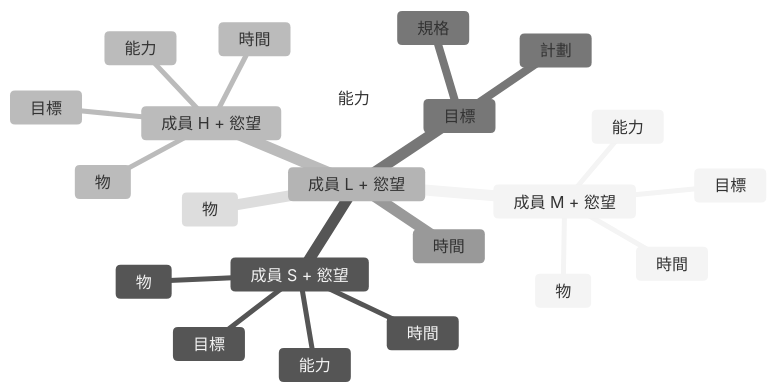
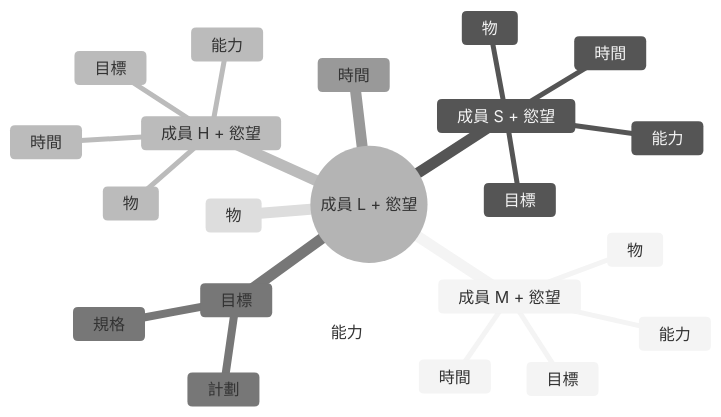
One commit to lankahsu520/HelperX changed the second of 3 diagrams in helper_DevelopmentandManage.md. Above: the diagram before and after it, drawn with Mermaid (neutral theme). The commit also changed other lines of this file and 6 other files, not shown here.

Commit message:
add mindmap root(())

````diff
--- a/helper_DevelopmentandManage.md
+++ b/helper_DevelopmentandManage.md
@@ -229,25 +229,25 @@
 ```mermaid
 mindmap
-	成員 L + 慾望
+	root((成員 L + 慾望))
 			成員 M + 慾望
 				時間
 				物
 				目標
 				能力
 			成員 S + 慾望
 				時間
 				物
 				目標
 				能力
 			成員 H + 慾望
 				時間
 				物
 				目標
 				能力
 		目標
 			計劃
 			規格
 		時間
 		物
 		能力
 ```
````
